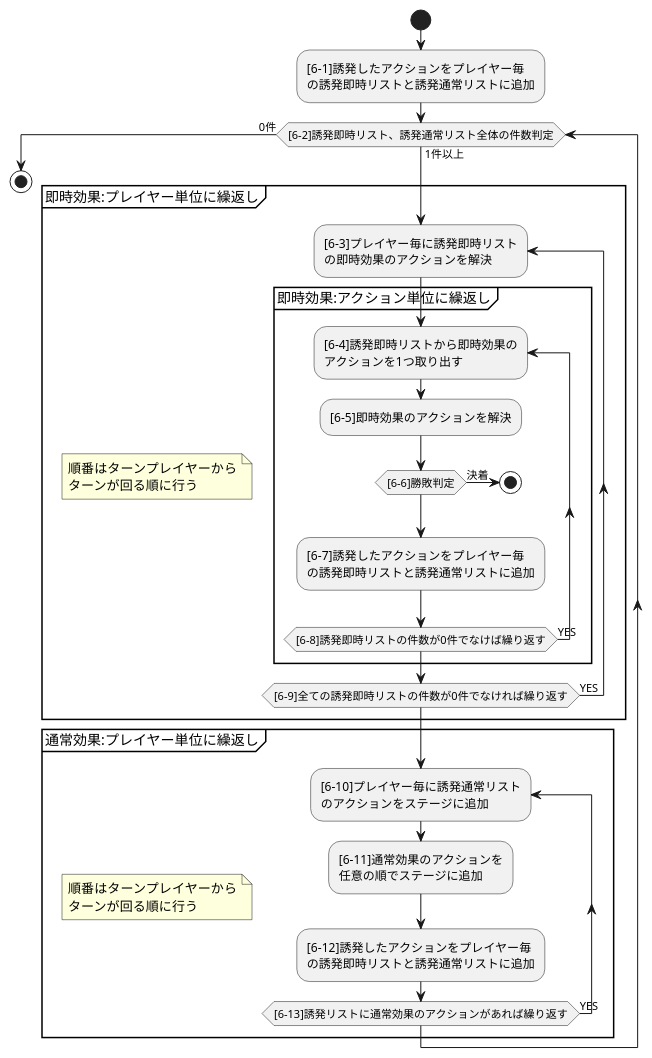
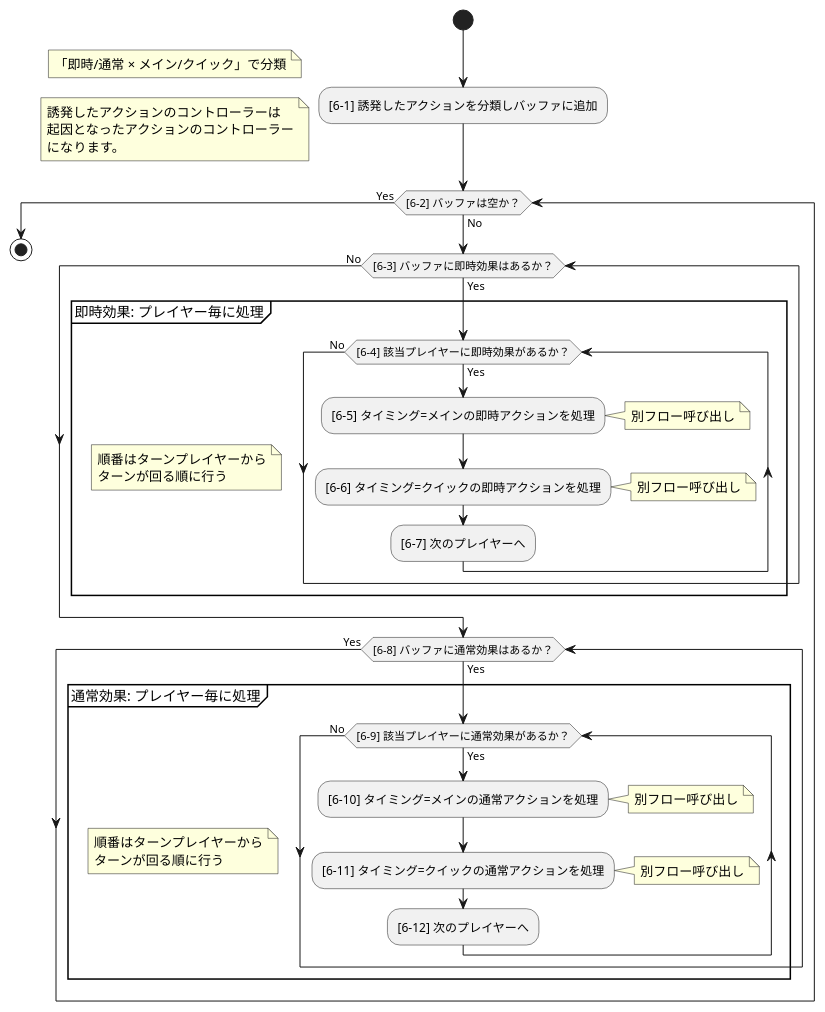
Before and after one commit to BlackPoker/BlackPoker: the diagram in source/core/triggerflow.puml, drawn with PlantUML. The commit also changed 4 other files, not shown here.

```diff
--- a/source/core/triggerflow.puml
+++ b/source/core/triggerflow.puml
@@ -1,36 +1,72 @@
 @startuml
+'==============================
+'【Main method】（アクション分類・プレイヤー毎処理）
+'==============================
+|Main method|
 start
-:[6-1]誘発したアクションをプレイヤー毎\nの誘発即時リストと誘発通常リストに追加;
-while([6-2]誘発即時リスト、誘発通常リスト全体の件数判定) is (1件以上)
-    group 即時効果:プレイヤー単位に繰返し
+:[6-1] 誘発したアクションを分類しバッファに追加;
+note left
+    「即時/通常 × メイン/クイック」で分類
+end note
+note left
+    誘発したアクションのコントローラーは
+    起因となったアクションのコントローラー
+    になります。
+end note
+
+while ([6-2] バッファは空か？) is (No) 
+  ' 外部ループ：バッファに何らかのアクションが残っている限り処理する
+
+  '-------------------------------------------
+  '【即時効果：プレイヤー毎に処理】
+  '-------------------------------------------
+  while ([6-3] バッファに即時効果はあるか？) is (Yes)
+
+    group 即時効果: プレイヤー毎に処理
     note
         順番はターンプレイヤーから
         ターンが回る順に行う
     end note
-    repeat :[6-3]プレイヤー毎に誘発即時リスト\nの即時効果のアクションを解決;
-        group 即時効果:アクション単位に繰返し
-        repeat :[6-4]誘発即時リストから即時効果の\nアクションを1つ取り出す;
-            :[6-5]即時効果のアクションを解決;
-            if([6-6]勝敗判定) then (決着)
-                stop
-            endif
-            :[6-7]誘発したアクションをプレイヤー毎\nの誘発即時リストと誘発通常リストに追加;
-        repeat while ([6-8]誘発即時リストの件数が0件でなけば繰り返す) is (YES)
-        end group
-    repeat while([6-9]全ての誘発即時リストの件数が0件でなければ繰り返す) is (YES)
+
+      while ([6-4] 該当プレイヤーに即時効果があるか？) is (Yes)
+        :[6-5] タイミング=メインの即時アクションを処理;
+        note right
+          別フロー呼び出し
+        end note
+        :[6-6] タイミング=クイックの即時アクションを処理;
+        note right
+          別フロー呼び出し
+        end note
+        :[6-7] 次のプレイヤーへ;
+      endwhile (No)
     end group
+  endwhile (No)
 
-    group 通常効果:プレイヤー単位に繰返し
+  '-------------------------------------------
+  '【通常効果：プレイヤー毎に処理】
+  '-------------------------------------------
+  while ([6-8] バッファに通常効果はあるか？) is (Yes)
+
+    group 通常効果: プレイヤー毎に処理
     note
         順番はターンプレイヤーから
         ターンが回る順に行う
     end note
-    repeat :[6-10]プレイヤー毎に誘発通常リスト\nのアクションをステージに追加;
-        :[6-11]通常効果のアクションを\n任意の順でステージに追加;
-        :[6-12]誘発したアクションをプレイヤー毎\nの誘発即時リストと誘発通常リストに追加;
-    repeat while ([6-13]誘発リストに通常効果のアクションがあれば繰り返す) is (YES)
+
+      while ([6-9] 該当プレイヤーに通常効果があるか？) is (Yes)
+        :[6-10] タイミング=メインの通常アクションを処理;
+        note right
+          別フロー呼び出し
+        end note
+        :[6-11] タイミング=クイックの通常アクションを処理;
+        note right
+          別フロー呼び出し
+        end note
+        :[6-12] 次のプレイヤーへ;
+      endwhile (No)
     end group
+  endwhile (Yes)
 
-endwhile (0件)
-    stop
+endwhile (Yes)
+stop
 @enduml
```
